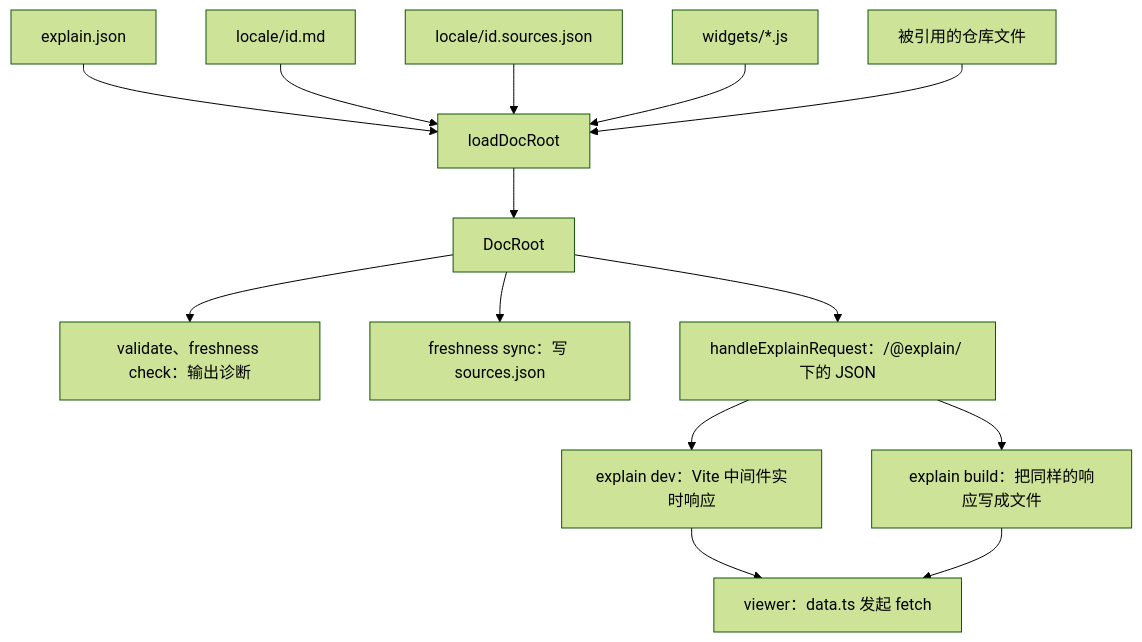
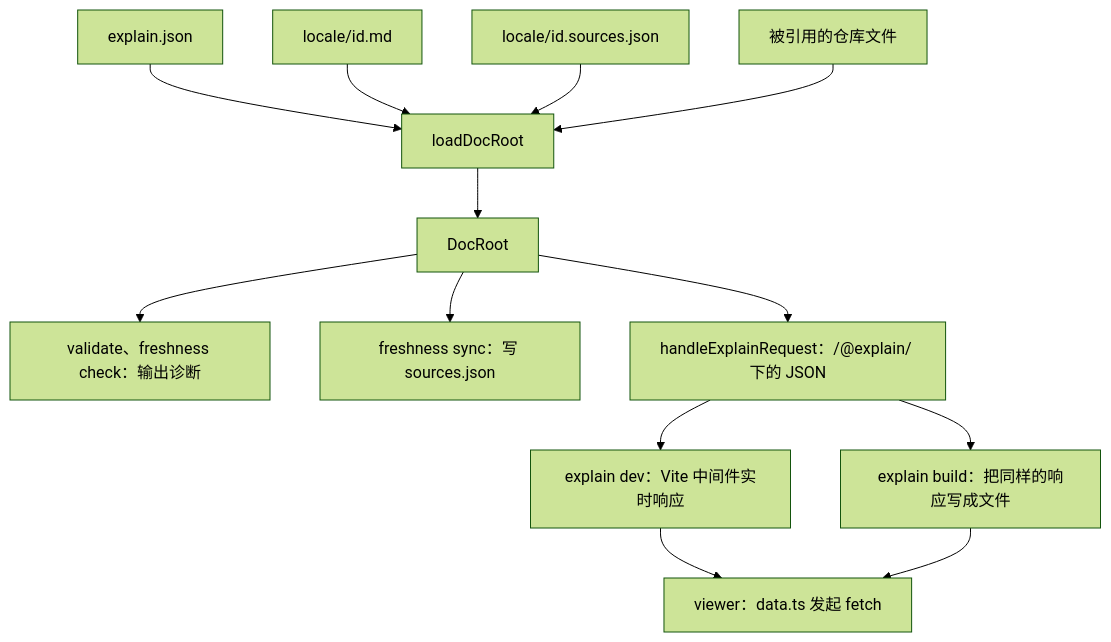
The diagram in docs/zh/overview.md (5u4/explain-this), drawn with Mermaid (forest theme) before and after one commit. The commit also changed other lines of this file and 102 other files, not shown here.

````diff
--- a/docs/zh/overview.md
+++ b/docs/zh/overview.md
@@ -53,16 +53,15 @@
 ```mermaid
 flowchart TD
   CFG["explain.json"] --> LOAD["loadDocRoot"]
   MD["locale/id.md"] --> LOAD
   SRC["locale/id.sources.json"] --> LOAD
-  WID["widgets/*.js"] --> LOAD
   REPO["被引用的仓库文件"] --> LOAD
   LOAD --> DR["DocRoot"]
   DR --> CHK["validate、freshness check：输出诊断"]
   DR --> SYNC["freshness sync：写 sources.json"]
   DR --> API["handleExplainRequest：/@explain/ 下的 JSON"]
   API --> DEV["explain dev：Vite 中间件实时响应"]
   API --> BUILD["explain build：把同样的响应写成文件"]
   DEV --> VIEW["viewer：data.ts 发起 fetch"]
   BUILD --> VIEW
 ```
````
